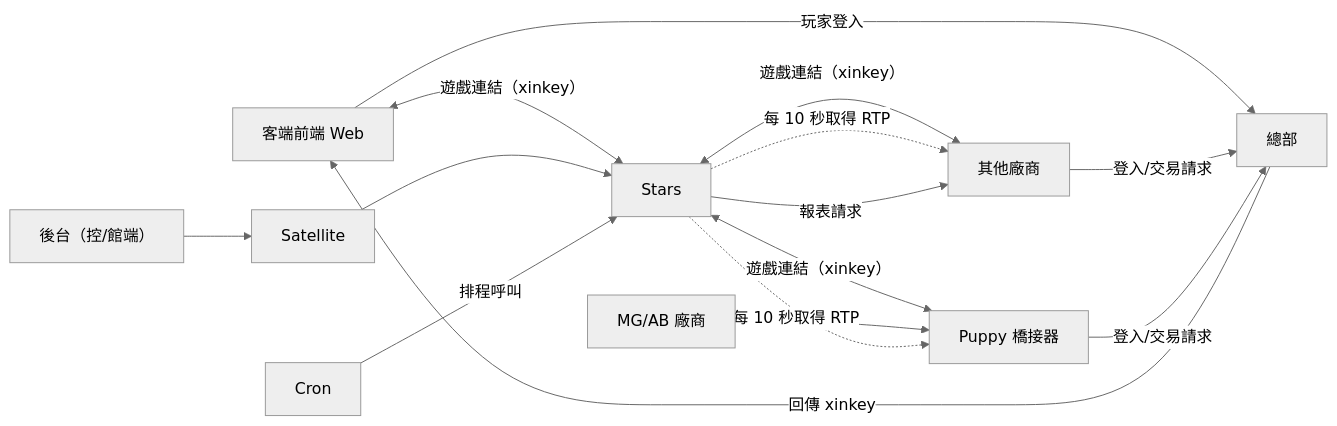
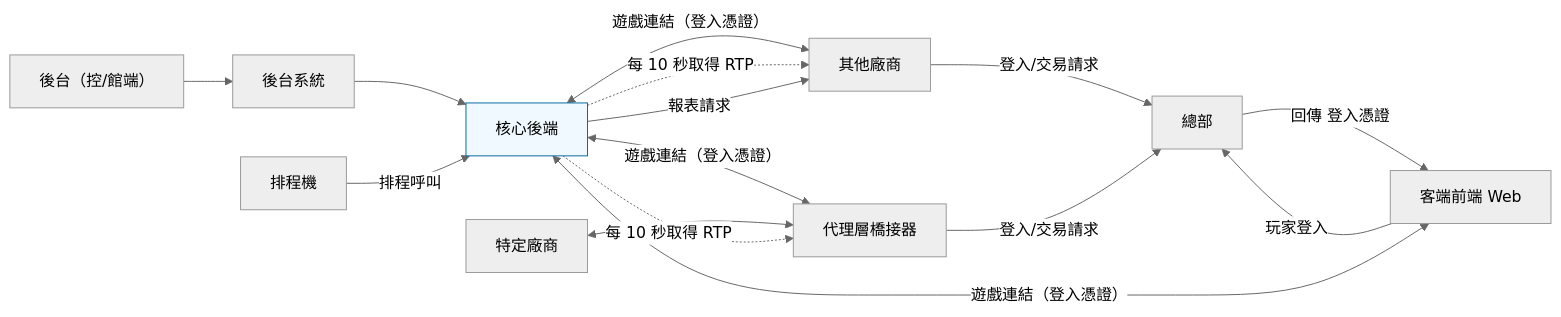
The first of 3 diagrams in prompt_engineering/claude/stars/CLAUDE.md (changgenglu/changgenglu-blog), drawn with Mermaid (neutral theme) before and after one commit. The commit also changed other lines of this file and 58 other files, not shown here.

````diff
--- a/prompt_engineering/claude/stars/CLAUDE.md
+++ b/prompt_engineering/claude/stars/CLAUDE.md
@@ -181,36 +181,37 @@
 ```mermaid
 flowchart LR
     classDef internal fill:#f0f9ff,stroke:#0369a1,stroke-width:1px
     classDef external fill:#fff7ed,stroke:#9a3412,stroke-width:1px
 
-    class SatelliteFE,SatelliteBE,Stars,Cron internal
-    class ClientFE,HQ,Vendor,Puppy,VendorMGAB external
+    Core[核心後端]
+    class AdminFE,AdminBE,Core,Cron internal
+    class ClientFE,HQ,Vendor,Proxy,VendorB external
 
     %% 前端
     ClientFE[客端前端 Web] -->|玩家登入| HQ[總部]
-    HQ -->|回傳 xinkey| ClientFE
-    ClientFE <-->|遊戲連結（xinkey）| Stars
+    HQ -->|回傳 登入憑證| ClientFE
+    ClientFE <-->|遊戲連結（登入憑證）| Core
 
-    %% Satellite 後台
-    SatelliteFE[後台（控/館端）] --> SatelliteBE[Satellite]
-    SatelliteBE --> Stars
+    %% Admin 後台
+    AdminFE[後台（控/館端）] --> AdminBE[後台系統]
+    AdminBE --> Core
     
-    %% 排程機
-    Cron[Cron] -->|排程呼叫| Stars
+    %% Cron
+    Cron[排程機] -->|排程呼叫| Core
 
-    %% Stars 與廠商溝通
-    Stars <-->|遊戲連結（xinkey）| Vendor[其他廠商]
-    Stars <-->|遊戲連結（xinkey）| Puppy[Puppy 橋接器]
-    VendorMGAB[MG/AB 廠商] <--> Puppy
+    %% Core 與廠商溝通
+    Core <-->|遊戲連結（登入憑證）| Vendor[其他廠商]
+    Core <-->|遊戲連結（登入憑證）| Proxy[代理層橋接器]
+    VendorB[特定廠商] <--> Proxy
 
     %% 廠商與總部溝通
     Vendor -->|登入/交易請求| HQ
-    Puppy -->|登入/交易請求| HQ
+    Proxy -->|登入/交易請求| HQ
 
     %% RTP 排程
-    Stars -.->|每 10 秒取得 RTP| Vendor
-    Stars -.->|每 10 秒取得 RTP| Puppy
+    Core -.->|每 10 秒取得 RTP| Vendor
+    Core -.->|每 10 秒取得 RTP| Proxy
     
     %% 報表請求
-    Stars -->|報表請求| Vendor
+    Core -->|報表請求| Vendor
 ```
````
